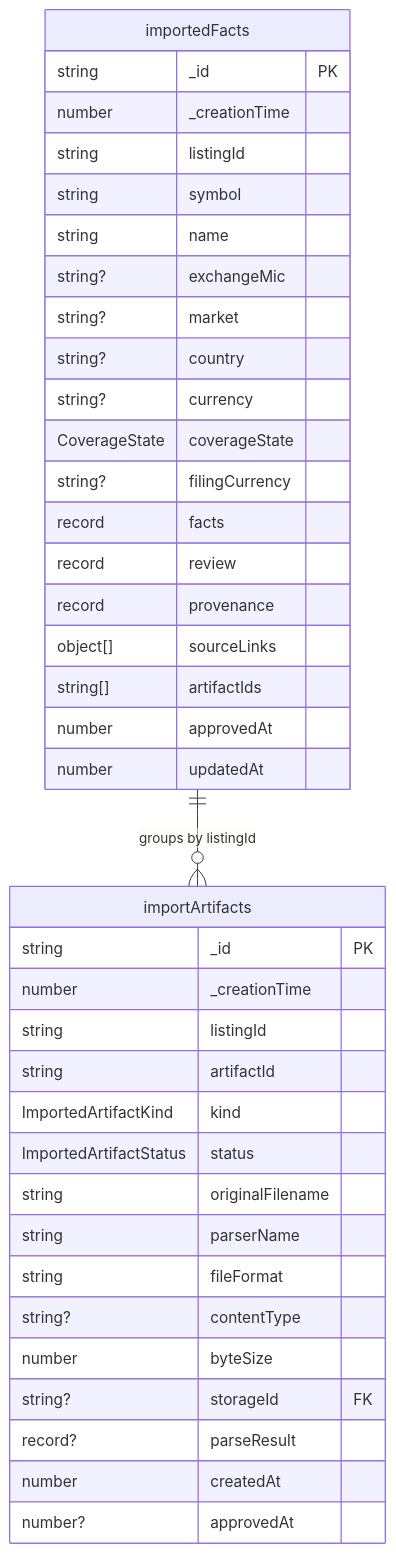
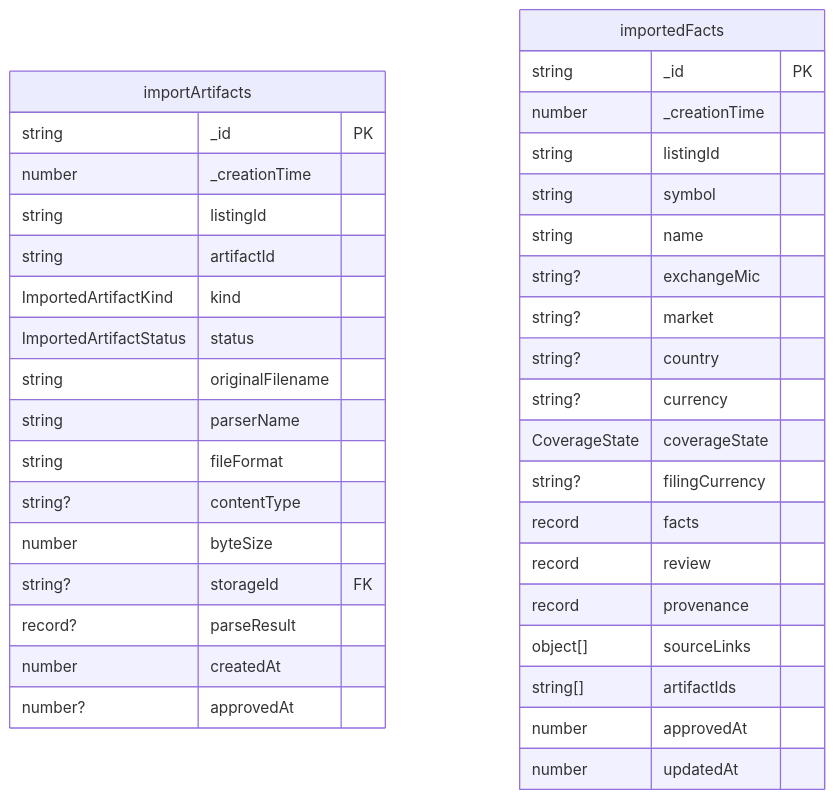
The fifth of 5 diagrams in DATA_MODEL.md (nostreet123/DCF-Dashboard), drawn with Mermaid before and after one commit. The commit also changed other lines of this file and 1 other file, not shown here.

First line of the commit message:
docs: clarify Convex auth and import references

````diff
--- a/DATA_MODEL.md
+++ b/DATA_MODEL.md
@@ -447,43 +448,42 @@
 ```mermaid
 erDiagram
     importArtifacts {
         string _id PK
         number _creationTime
         string listingId
         string artifactId
         ImportedArtifactKind kind
         ImportedArtifactStatus status
         string originalFilename
         string parserName
         string fileFormat
         string? contentType
         number byteSize
         string? storageId FK
         record? parseResult
         number createdAt
         number? approvedAt
     }
 
     importedFacts {
         string _id PK
         number _creationTime
         string listingId
         string symbol
         string name
         string? exchangeMic
         string? market
         string? country
         string? currency
         CoverageState coverageState
         string? filingCurrency
         record facts
         record review
         record provenance
         object[] sourceLinks
         string[] artifactIds
         number approvedAt
         number updatedAt
     }
 
-    importedFacts ||--o{ importArtifacts : "groups by listingId"
 ```
````
